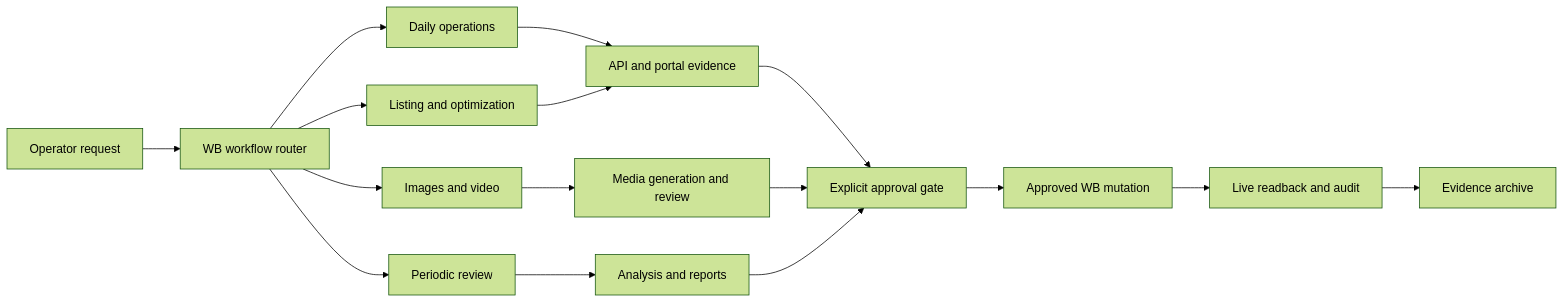
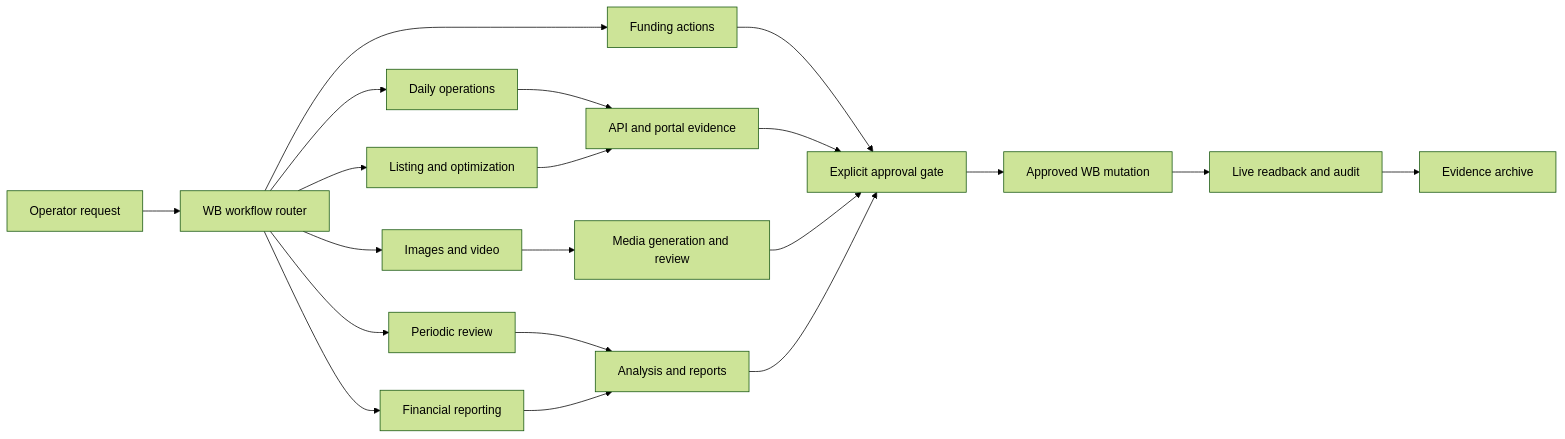
The second of 2 diagrams in README.md (haiying-ai/wb-store-manager), drawn with Mermaid (forest theme) before and after one commit. The commit also changed other lines of this file and 41 other files, not shown here.

Commit message:
Add multi-store WB financial reporting

````diff
--- a/README.md
+++ b/README.md
@@ -65,20 +65,24 @@
 ```mermaid
 flowchart LR
     U["Operator request"] --> W["WB workflow router"]
     W --> D["Daily operations"]
     W --> P["Listing and optimization"]
     W --> M["Images and video"]
     W --> R["Periodic review"]
+    W --> FN["Financial reporting"]
+    W --> FD["Funding actions"]
 
     D --> A["API and portal evidence"]
     P --> A
     M --> C["Media generation and review"]
     R --> N["Analysis and reports"]
+    FN --> N
+    FD --> G
 
     A --> G["Explicit approval gate"]
     C --> G
     N --> G
     G --> L["Approved WB mutation"]
     L --> Q["Live readback and audit"]
     Q --> X["Evidence archive"]
 ```
````
